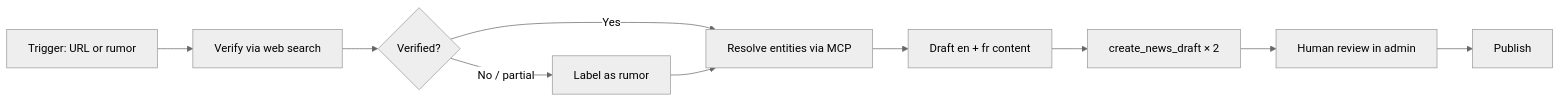
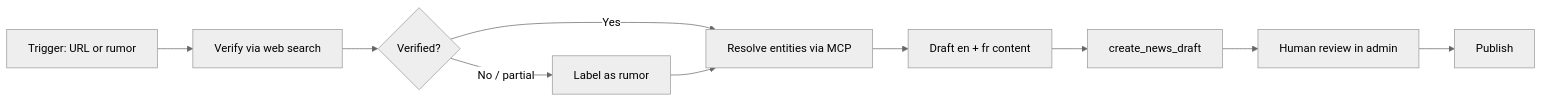
One commit to sarpbc/sarpbc changed the diagram in docs/playbooks/roster-change-news.md. Above: the diagram before and after it, drawn with Mermaid (neutral theme). The commit also changed other lines of this file and 36 other files, not shown here.

````diff
--- a/docs/playbooks/roster-change-news.md
+++ b/docs/playbooks/roster-change-news.md
@@ -45,12 +45,12 @@
 ```mermaid
 flowchart LR
   A[Trigger: URL or rumor] --> B[Verify via web search]
   B --> C{Verified?}
   C -->|Yes| D[Resolve entities via MCP]
   C -->|No / partial| E[Label as rumor]
   E --> D
   D --> F[Draft en + fr content]
-  F --> G[create_news_draft × 2]
+  F --> G[create_news_draft]
   G --> H[Human review in admin]
   H --> I[Publish]
 ```
````
